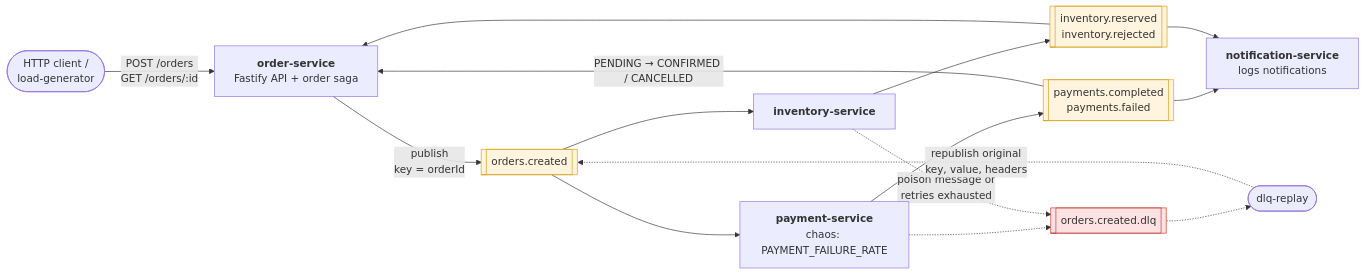
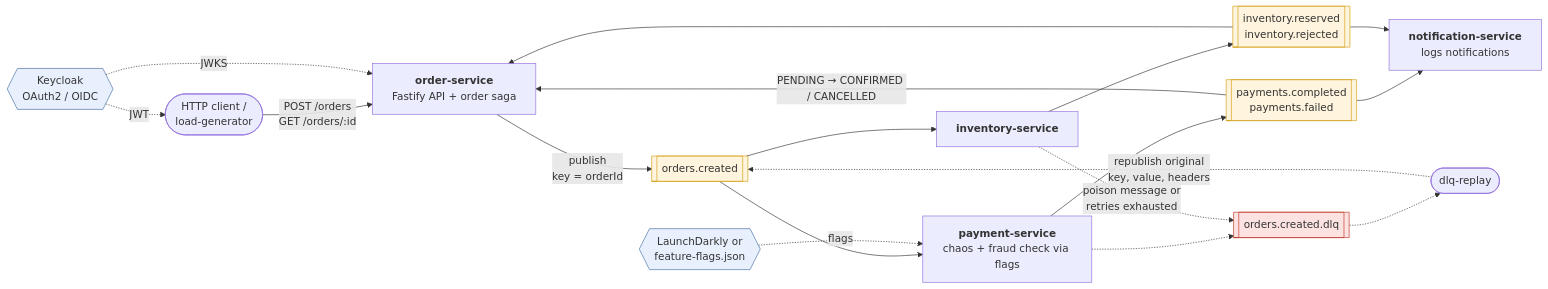
Before and after one commit to atulgalande75/kafakaDemo: the first of 2 diagrams in README.md, drawn with Mermaid. The commit also changed other lines of this file and 5 other files, not shown here.

First line of the commit message:
Phase 10: docs and CI for OAuth2 and feature flags

````diff
--- a/README.md
+++ b/README.md
@@ -25,34 +38,41 @@
 ```mermaid
 flowchart LR
     client([HTTP client /<br/>load-generator])
     order["<b>order-service</b><br/>Fastify API + order saga"]
-    payment["<b>payment-service</b><br/>chaos: PAYMENT_FAILURE_RATE"]
+    payment["<b>payment-service</b><br/>chaos + fraud check via flags"]
     inventory["<b>inventory-service</b>"]
     notification["<b>notification-service</b><br/>logs notifications"]
     replayTool([dlq-replay])
+    keycloak{{"Keycloak<br/>OAuth2 / OIDC"}}
+    flags{{"LaunchDarkly or<br/>feature-flags.json"}}
 
     oc[["orders.created"]]
     pay[["payments.completed<br/>payments.failed"]]
     inv[["inventory.reserved<br/>inventory.rejected"]]
     dlq[["orders.created.dlq"]]
 
     client -- "POST /orders<br/>GET /orders/:id" --> order
     order -- "publish<br/>key = orderId" --> oc
     oc --> payment
     oc --> inventory
     payment --> pay
     inventory --> inv
     pay --> notification
     inv --> notification
     pay -- "PENDING → CONFIRMED / CANCELLED" --> order
     inv --> order
     payment -.-> dlq
     inventory -. "poison message or<br/>retries exhausted" .-> dlq
     dlq -.-> replayTool
     replayTool -. "republish original<br/>key, value, headers" .-> oc
+    keycloak -. "JWT" .-> client
+    keycloak -. "JWKS" .-> order
+    flags -. "flags" .-> payment
 
     classDef topic fill:#fff4dd,stroke:#d4a017,color:#333
     classDef dead fill:#fde2e2,stroke:#c0392b,color:#333
+    classDef ext fill:#e8f0fe,stroke:#4a6fa5,color:#333
     class oc,pay,inv topic
     class dlq dead
+    class keycloak,flags ext
 ```
````
